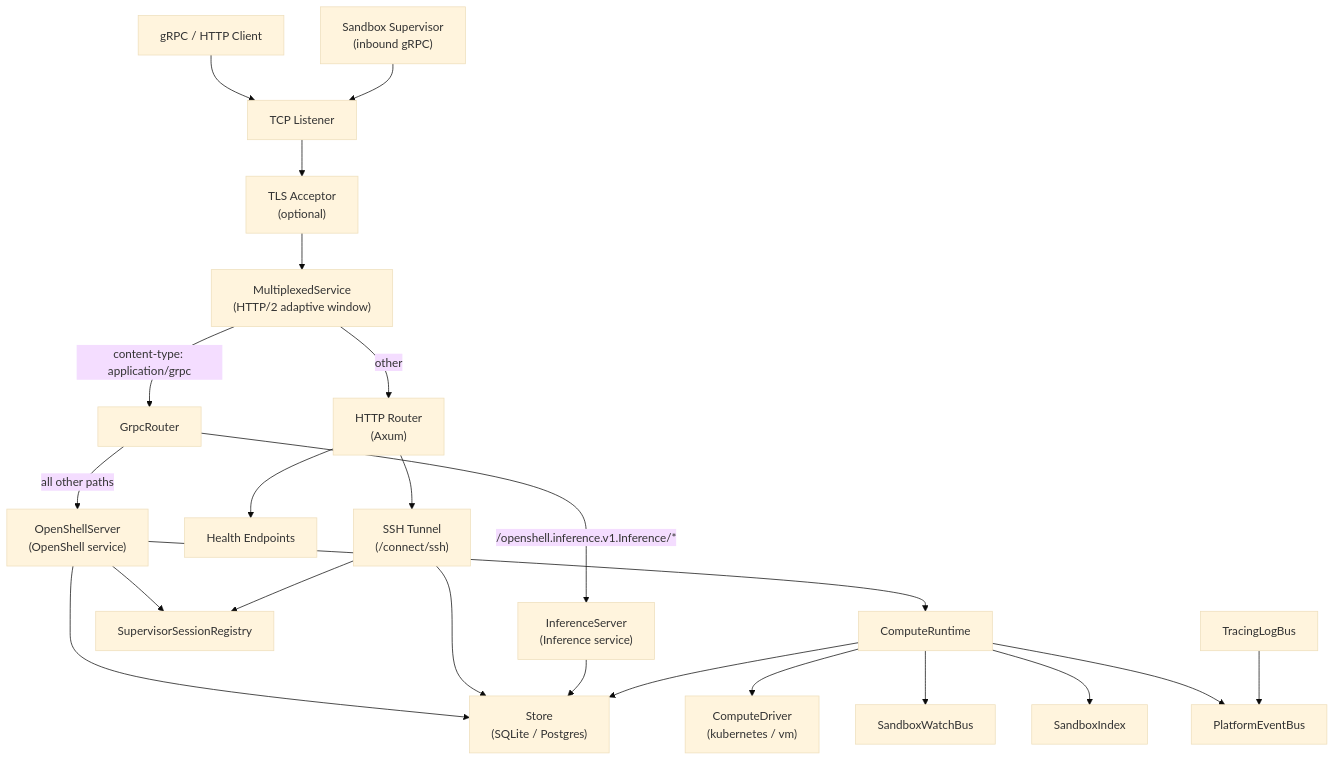
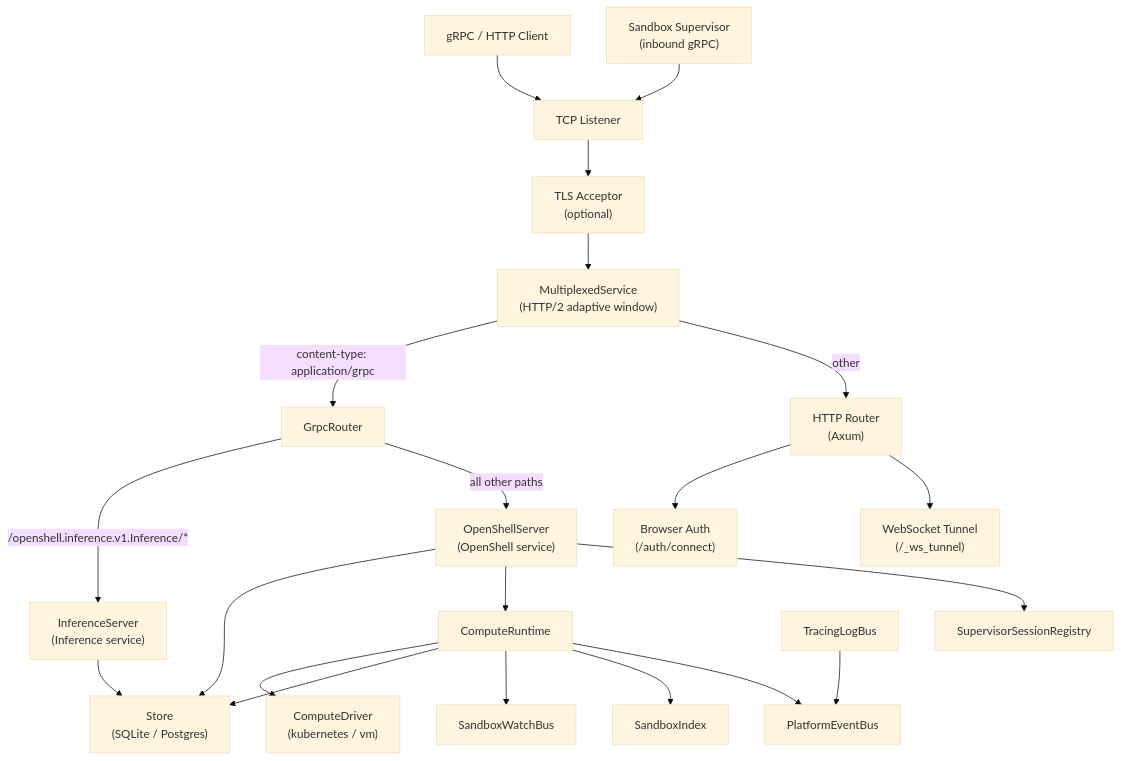
The first of 3 diagrams in architecture/gateway.md (NVIDIA/OpenShell), drawn with Mermaid (base theme) before and after one commit. The commit also changed other lines of this file and 41 other files, not shown here.

````diff
--- a/architecture/gateway.md
+++ b/architecture/gateway.md
@@ -13,45 +13,43 @@
 ```mermaid
 graph TD
     Client["gRPC / HTTP Client"]
     Supervisor["Sandbox Supervisor<br/>(inbound gRPC)"]
     TCP["TCP Listener"]
     TLS["TLS Acceptor<br/>(optional)"]
     MUX["MultiplexedService<br/>(HTTP/2 adaptive window)"]
     GRPC_ROUTER["GrpcRouter"]
     NAV["OpenShellServer<br/>(OpenShell service)"]
     INF["InferenceServer<br/>(Inference service)"]
     HTTP["HTTP Router<br/>(Axum)"]
-    HEALTH["Health Endpoints"]
-    SSH_TUNNEL["SSH Tunnel<br/>(/connect/ssh)"]
+    AUTH["Browser Auth<br/>(/auth/connect)"]
+    WS["WebSocket Tunnel<br/>(/_ws_tunnel)"]
     SUP_REG["SupervisorSessionRegistry"]
     STORE["Store<br/>(SQLite / Postgres)"]
     COMPUTE["ComputeRuntime"]
     DRIVER["ComputeDriver<br/>(kubernetes / vm)"]
     WATCH_BUS["SandboxWatchBus"]
     LOG_BUS["TracingLogBus"]
     PLAT_BUS["PlatformEventBus"]
     INDEX["SandboxIndex"]
 
     Client --> TCP
     Supervisor --> TCP
     TCP --> TLS
     TLS --> MUX
     MUX -->|"content-type: application/grpc"| GRPC_ROUTER
     MUX -->|"other"| HTTP
     GRPC_ROUTER -->|"/openshell.inference.v1.Inference/*"| INF
     GRPC_ROUTER -->|"all other paths"| NAV
-    HTTP --> HEALTH
-    HTTP --> SSH_TUNNEL
+    HTTP --> AUTH
+    HTTP --> WS
     NAV --> STORE
     NAV --> COMPUTE
     NAV --> SUP_REG
-    SSH_TUNNEL --> STORE
-    SSH_TUNNEL --> SUP_REG
     INF --> STORE
     COMPUTE --> DRIVER
     COMPUTE --> STORE
     COMPUTE --> WATCH_BUS
     COMPUTE --> INDEX
     COMPUTE --> PLAT_BUS
     LOG_BUS --> PLAT_BUS
 ```
````
